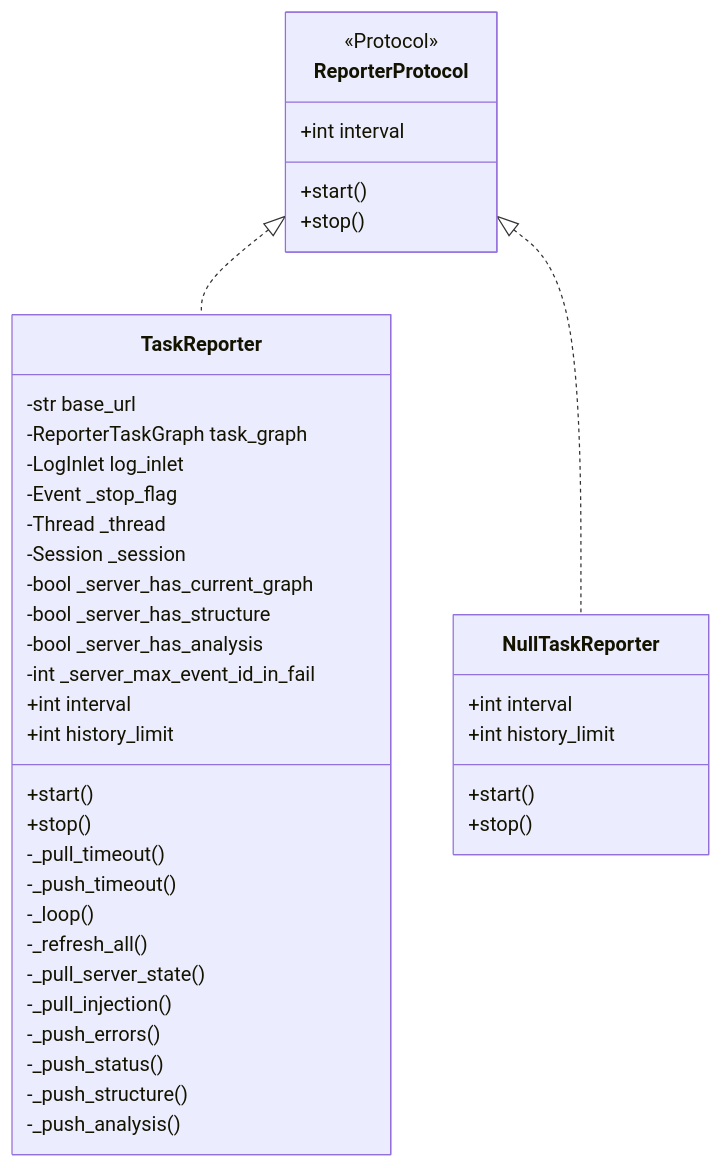
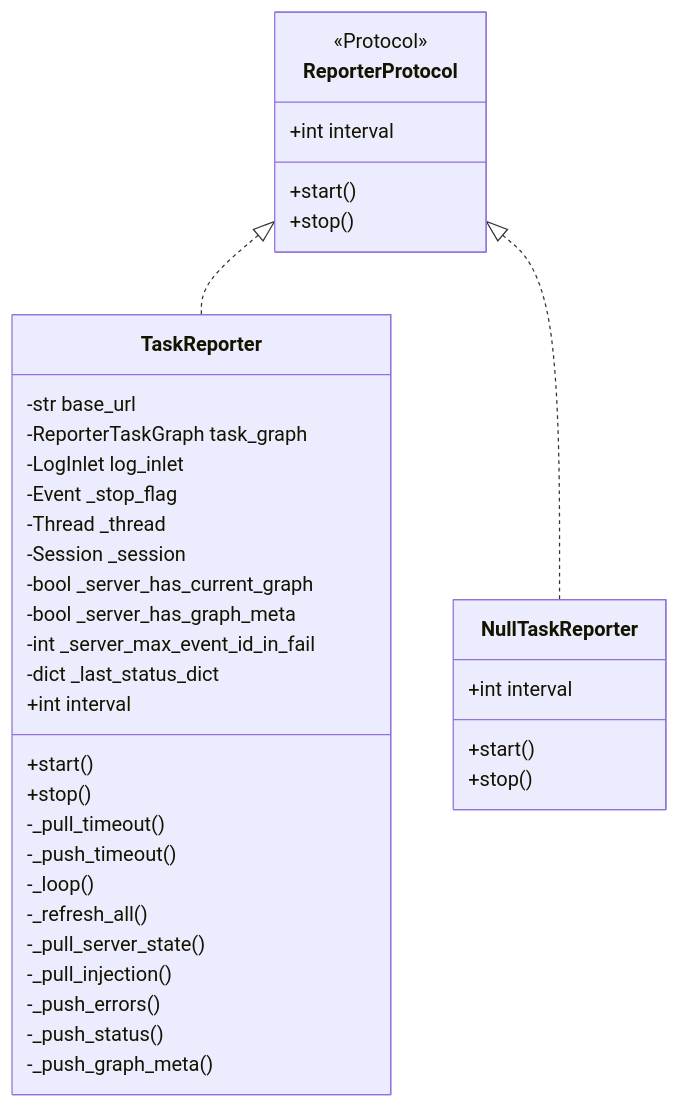
One commit to Mr-xiaotian/CelestialFlow changed the first of 2 diagrams in docs/zh-CN/src/observability/core_report.md. Above: the diagram before and after it, drawn with Mermaid. The commit also changed other lines of this file and 100 other files, not shown here.

````diff
--- a/docs/zh-CN/src/observability/core_report.md
+++ b/docs/zh-CN/src/observability/core_report.md
@@ -13,44 +13,41 @@
 ```mermaid
 classDiagram
     class ReporterProtocol {
         <<Protocol>>
         +int interval
         +start()
         +stop()
     }
     class TaskReporter {
         -str base_url
         -ReporterTaskGraph task_graph
         -LogInlet log_inlet
         -Event _stop_flag
         -Thread _thread
         -Session _session
         -bool _server_has_current_graph
-        -bool _server_has_structure
-        -bool _server_has_analysis
+        -bool _server_has_graph_meta
         -int _server_max_event_id_in_fail
+        -dict _last_status_dict
         +int interval
-        +int history_limit
         +start()
         +stop()
         -_pull_timeout()
         -_push_timeout()
         -_loop()
         -_refresh_all()
         -_pull_server_state()
         -_pull_injection()
         -_push_errors()
         -_push_status()
-        -_push_structure()
-        -_push_analysis()
+        -_push_graph_meta()
     }
     class NullTaskReporter {
         +int interval
-        +int history_limit
         +start()
         +stop()
     }
 
     ReporterProtocol <|.. TaskReporter
     ReporterProtocol <|.. NullTaskReporter
 ```
````
